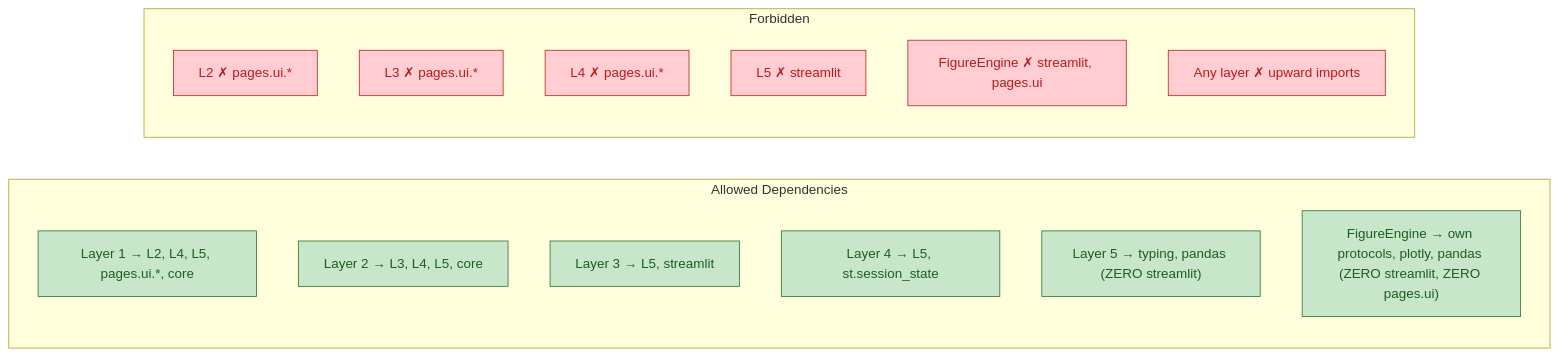
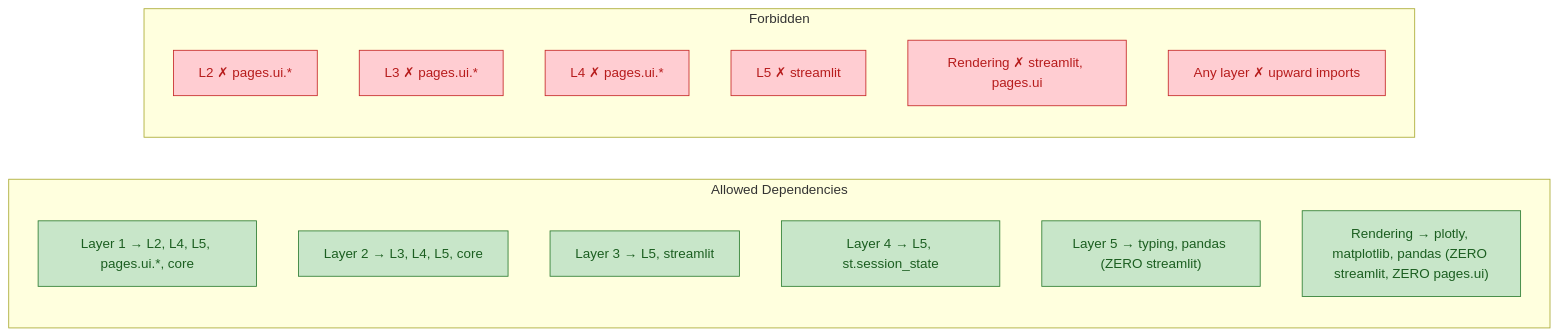
The second of 3 diagrams in docs/web-layer-architecture.md (nikiitin/RING-5), drawn with Mermaid before and after one commit. The commit also changed other lines of this file and 11 other files, not shown here.

First line of the commit message:
B10: Update architecture documentation

````diff
--- a/docs/web-layer-architecture.md
+++ b/docs/web-layer-architecture.md
@@ -159,27 +150,27 @@
 ```mermaid
 flowchart LR
     classDef allowed  fill:#c8e6c9,stroke:#2e7d32,color:#1b5e20
     classDef blocked  fill:#ffcdd2,stroke:#c62828,color:#b71c1c
 
     subgraph rules["Allowed Dependencies"]
         direction TB
         r1["Layer 1 → L2, L4, L5, pages.ui.*, core"]
         r2["Layer 2 → L3, L4, L5, core"]
         r3["Layer 3 → L5, streamlit"]
         r4["Layer 4 → L5, st.session_state"]
         r5["Layer 5 → typing, pandas (ZERO streamlit)"]
-        rF["FigureEngine → own protocols, plotly, pandas (ZERO streamlit, ZERO pages.ui)"]
+        rF["Rendering → plotly, matplotlib, pandas (ZERO streamlit, ZERO pages.ui)"]
     end
     class r1,r2,r3,r4,r5,rF allowed
 
     subgraph forbidden["Forbidden"]
         direction TB
         f1["L2 ✗ pages.ui.*"]
         f2["L3 ✗ pages.ui.*"]
         f3["L4 ✗ pages.ui.*"]
         f4["L5 ✗ streamlit"]
-        f5["FigureEngine ✗ streamlit, pages.ui"]
+        f5["Rendering ✗ streamlit, pages.ui"]
         f6["Any layer ✗ upward imports"]
     end
     class f1,f2,f3,f4,f5,f6 blocked
 ```
````
